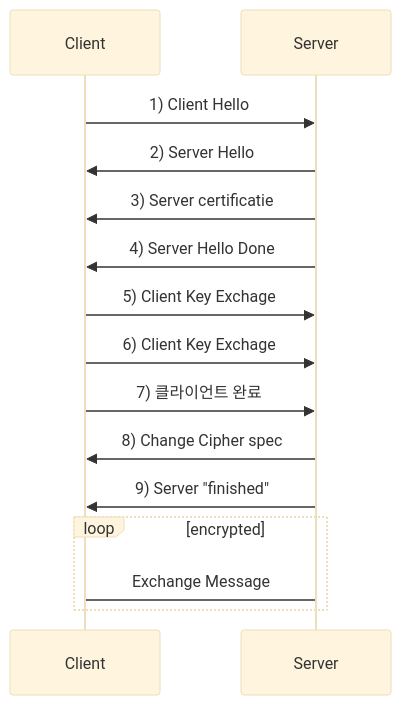
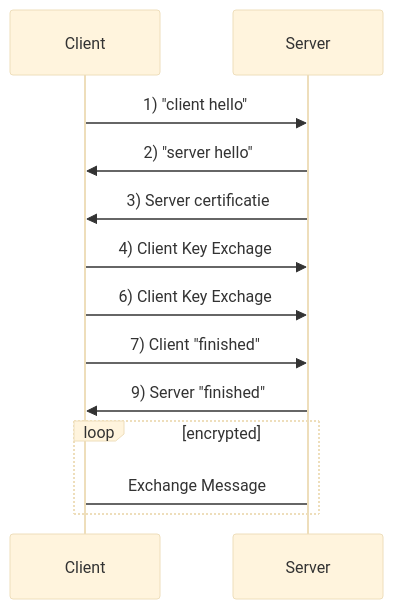
One commit to 1sonjm/1sonjm.github.io changed the diagram in _posts/develop/etc/2019-02-12-TLS.md. Above: the diagram before and after it, drawn with Mermaid (base theme). The commit also changed other lines of this file, not shown here.

Commit message:
_posts/develop/etc/2019-02-12-TLS.md updated from https://stackedit.io/

````diff
--- a/_posts/develop/etc/2019-02-12-TLS.md
+++ b/_posts/develop/etc/2019-02-12-TLS.md
@@ -13,15 +13,13 @@
 ```mermaid
 sequenceDiagram
-    Client->>Server: 1) Client Hello
-    Server->>Client: 2) Server Hello
+    Client->>Server: 1) "client hello"
+    Server->>Client: 2) "server hello"
     Server->>Client: 3) Server certificatie
-    Server->>Client: 4) Server Hello Done
-    Client->>Server: 5) Client Key Exchage
+    Client->>Server: 4) Client Key Exchage
     Client->>Server: 6) Client Key Exchage
-    Client->>Server: 7) 클라이언트 완료
-    Server->>Client: 8) Change Cipher spec
+    Client->>Server: 7) Client "finished"
     Server->>Client: 9) Server "finished"
     loop encrypted
     Server->Client: Exchange Message
     end
 ```
````
